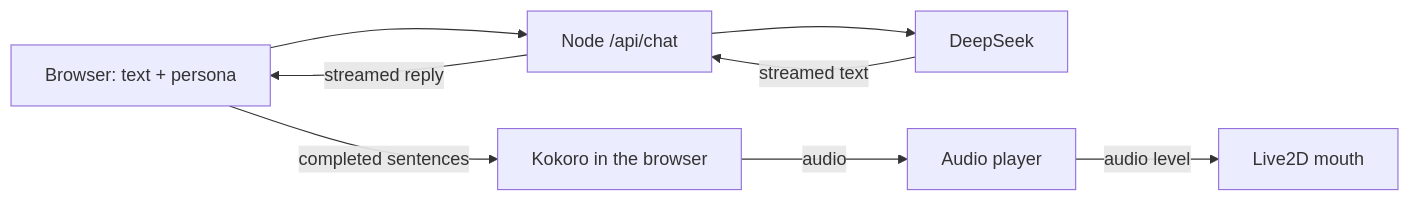
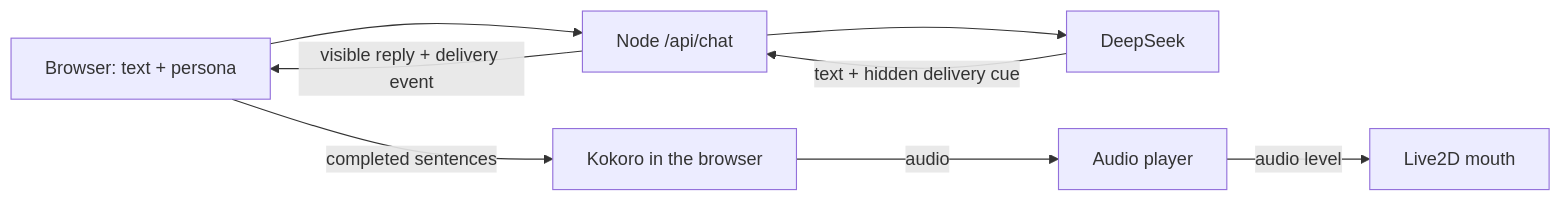
Before and after one commit to Chenqiang-Zhang/airi-lite: the diagram in README.md, drawn with Mermaid. The commit also changed other lines of this file and 11 other files, not shown here.

Commit message:
Drive reply delivery cues from DeepSeek stream

````diff
--- a/README.md
+++ b/README.md
@@ -34,10 +34,10 @@
 ```mermaid
 flowchart LR
   U[Browser: text + persona] --> API[Node /api/chat]
   API --> DS[DeepSeek]
-  DS -->|streamed text| API
-  API -->|streamed reply| U
+  DS -->|text + hidden delivery cue| API
+  API -->|visible reply + delivery event| U
   U -->|completed sentences| TTS[Kokoro in the browser]
   TTS -->|audio| Player[Audio player]
   Player -->|audio level| L2D[Live2D mouth]
 ```
````
